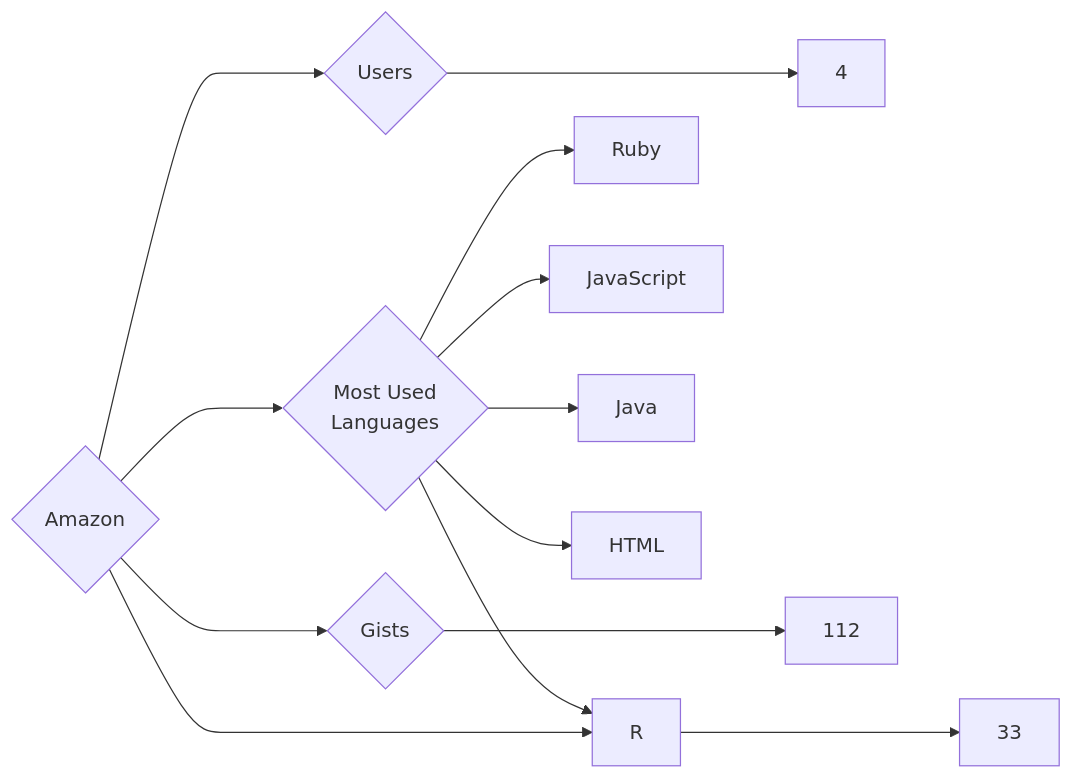
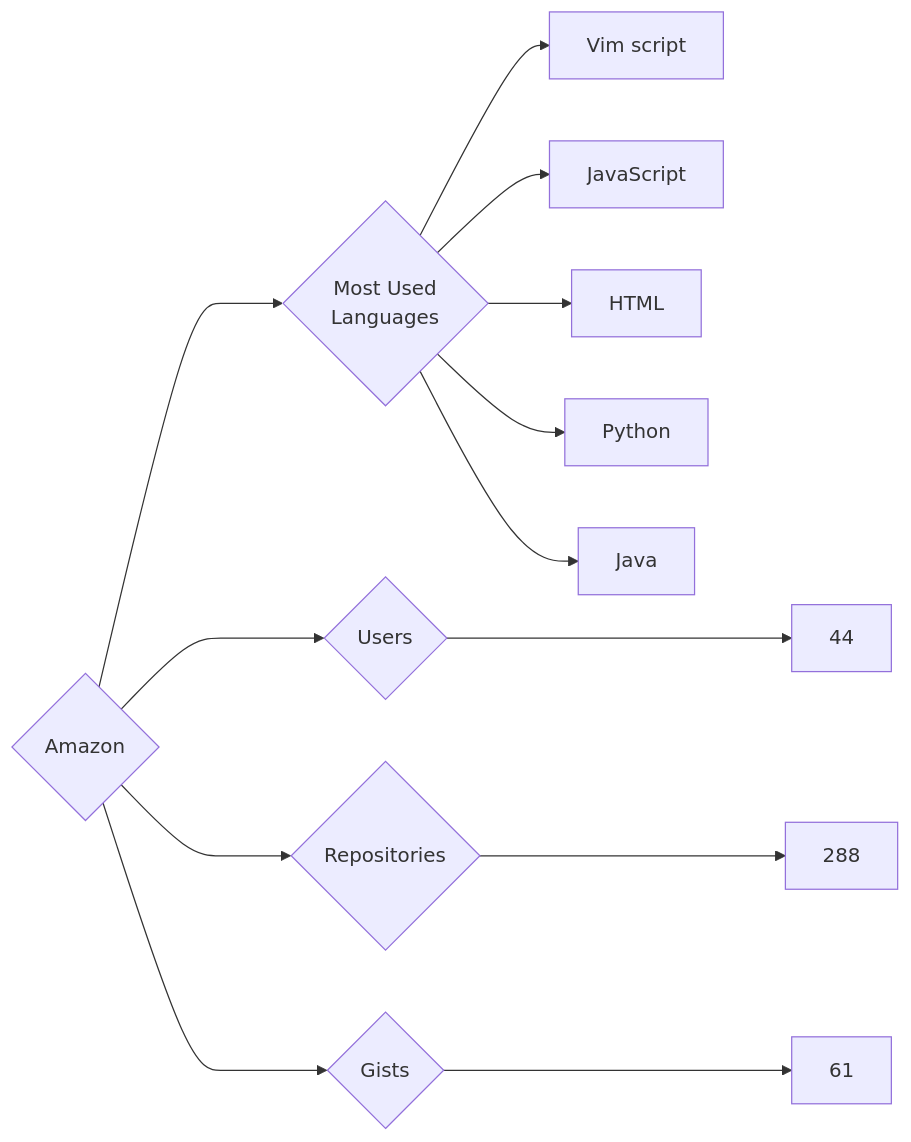
One commit to trickest/insiders changed the diagram in targets/Amazon/README.md. Above: the diagram before and after it, drawn with Mermaid. The commit also changed 1084 other files, not shown here.

````diff
--- a/targets/Amazon/README.md
+++ b/targets/Amazon/README.md
@@ -3,13 +3,13 @@
 ```mermaid
 graph LR
 COMPANY_NAME{Amazon}
-COMPANY_NAME ---> U{Users} ---> UN[4]
-COMPANY_NAME ---> R{Repositories} ---> RN[33]
-COMPANY_NAME ---> G{Gists} ---> GN[112]
+COMPANY_NAME ---> U{Users} ---> UN[44]
+COMPANY_NAME ---> R{Repositories} ---> RN[288]
+COMPANY_NAME ---> G{Gists} ---> GN[61]
 COMPANY_NAME ---> ML{Most Used<br>Languages}
-ML --> Ruby[Ruby]
+ML --> Vim_script[Vim script]
 ML --> JavaScript[JavaScript]
-ML --> R[R]
+ML --> HTML[HTML]
+ML --> Python[Python]
 ML --> Java[Java]
-ML --> HTML[HTML]
 ```
````
